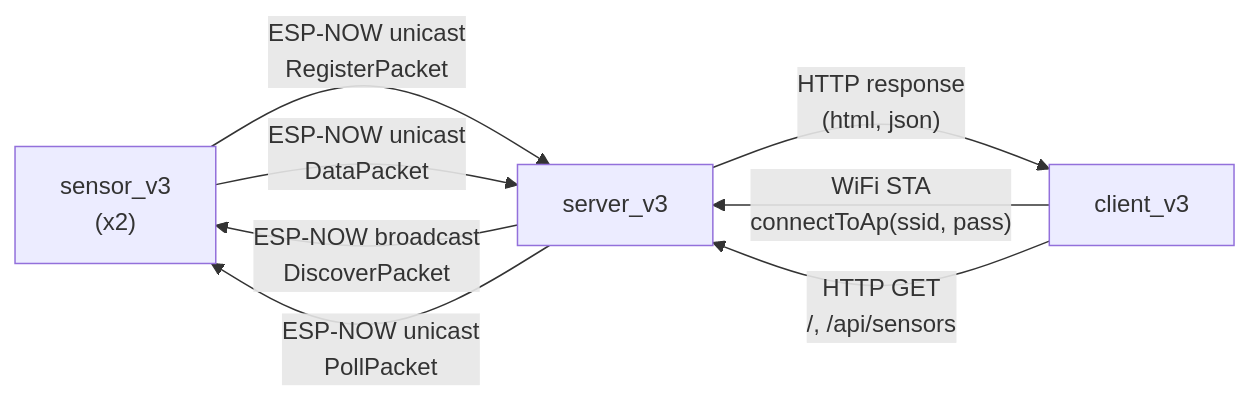
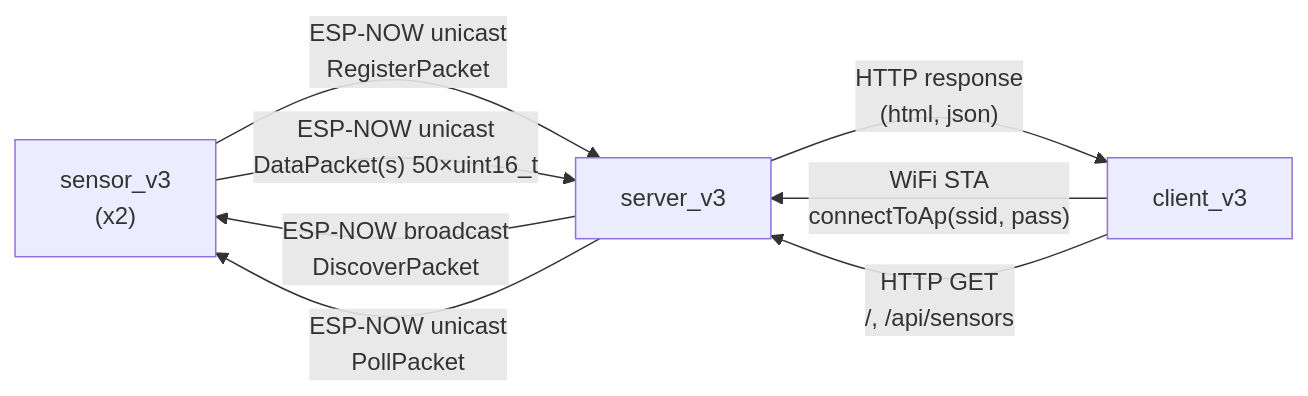
One commit to nepbuur1/godmode_sensorgrid changed the diagram in apps/sensorgrid_v3/doc/mermaid/sensorgrid_v3_object_model.mmd. Above: the diagram before and after it, drawn with Mermaid. The commit also changed 14 other files, not shown here.

```diff
--- a/apps/sensorgrid_v3/doc/mermaid/sensorgrid_v3_object_model.mmd
+++ b/apps/sensorgrid_v3/doc/mermaid/sensorgrid_v3_object_model.mmd
@@ -1,20 +1,20 @@
 graph LR
     sensor_v3["sensor_v3
 (x2)"]
     server_v3["server_v3"]
     client_v3["client_v3"]
 
     server_v3 -- "ESP-NOW broadcast
 DiscoverPacket" --> sensor_v3
     sensor_v3 -- "ESP-NOW unicast
 RegisterPacket" --> server_v3
     server_v3 -- "ESP-NOW unicast
 PollPacket" --> sensor_v3
     sensor_v3 -- "ESP-NOW unicast
-DataPacket" --> server_v3
+DataPacket(s) 50×uint16_t" --> server_v3
     client_v3 -- "WiFi STA
 connectToAp(ssid, pass)" --> server_v3
     client_v3 -- "HTTP GET
 /, /api/sensors" --> server_v3
     server_v3 -- "HTTP response
 (html, json)" --> client_v3
```
